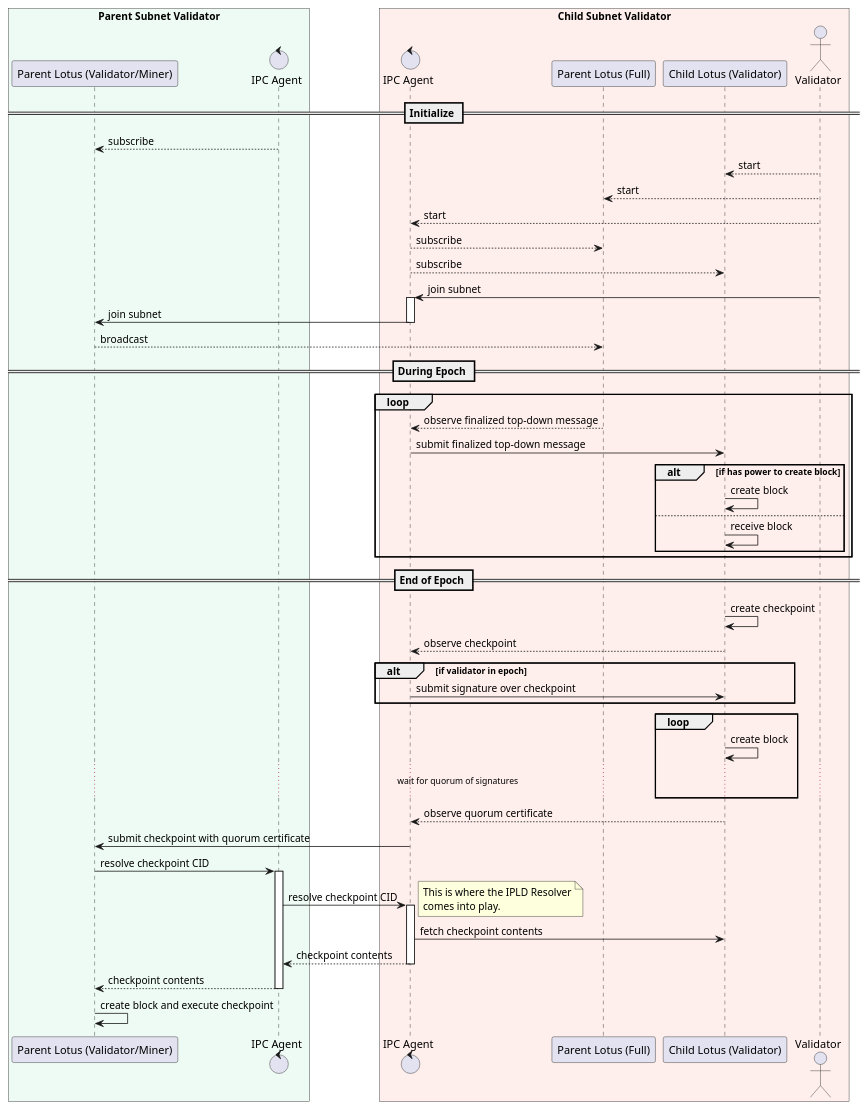
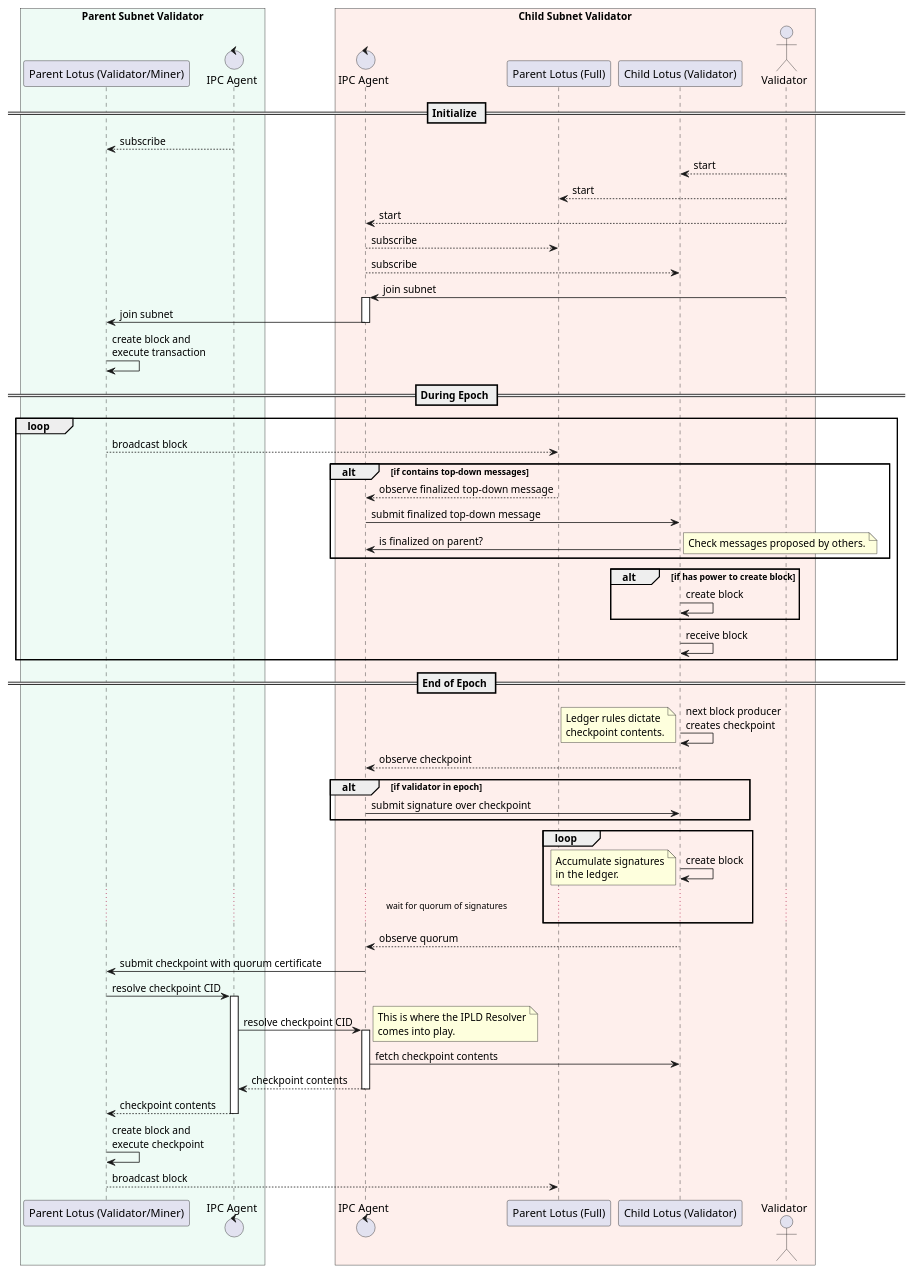
Before and after one commit to consensus-shipyard/ipc-libs: the diagram in docs/diagrams/checkpoint_submission.puml, drawn with PlantUML. The commit also changed 3 other files, not shown here.

```diff
--- a/docs/diagrams/checkpoint_submission.puml
+++ b/docs/diagrams/checkpoint_submission.puml
@@ -1,71 +1,87 @@
 @startuml Submit Checkpoint
 box "Parent Subnet Validator" #EEFBF5
 participant "Parent Lotus (Validator/Miner)" as parent_lotus
 control     "IPC Agent" as parent_agent
 end box
 
 box "Child Subnet Validator" #FEEFEC
 control     "IPC Agent" as child_agent
 participant "Parent Lotus (Full)" as full_lotus
 participant "Child Lotus (Validator)" as child_lotus
 actor "Validator" as validator
 end box
 
 == Initialize ==
 
 parent_agent --> parent_lotus: subscribe
 
 validator --> child_lotus: start
 validator --> full_lotus: start
 validator --> child_agent: start
 
 child_agent --> full_lotus: subscribe
 child_agent --> child_lotus: subscribe
 
 validator -> child_agent ++: join subnet
 child_agent -> parent_lotus --: join subnet
-parent_lotus --> full_lotus: broadcast
+parent_lotus -> parent_lotus: create block and\nexecute transaction
 
 == During Epoch ==
 
 loop
-  full_lotus --> child_agent: observe finalized top-down message
-  child_agent -> child_lotus: submit finalized top-down message
+  parent_lotus --> full_lotus: broadcast block
+  alt if contains top-down messages
+    full_lotus --> child_agent: observe finalized top-down message
+    child_agent -> child_lotus: submit finalized top-down message
+    child_lotus -> child_agent: is finalized on parent?
+    note right
+      Check messages proposed by others.
+    end note
+  end
 
   alt if has power to create block
     child_lotus -> child_lotus: create block
-  else
-    child_lotus -> child_lotus: receive block
   end
+
+  child_lotus -> child_lotus: receive block
 end
 
 == End of Epoch ==
 
-child_lotus -> child_lotus: create checkpoint
+child_lotus -> child_lotus: next block producer\ncreates checkpoint
+note left
+  Ledger rules dictate
+  checkpoint contents.
+end note
 child_lotus --> child_agent: observe checkpoint
 
 alt if validator in epoch
   child_agent -> child_lotus: submit signature over checkpoint
 end
 
 loop
   child_lotus -> child_lotus: create block
+  note left
+    Accumulate signatures
+    in the ledger.
+  end note
   ... wait for quorum of signatures ...
 end
 
-child_lotus --> child_agent: observe quorum certificate
+child_lotus --> child_agent: observe quorum
 child_agent -> parent_lotus: submit checkpoint with quorum certificate
 
 parent_lotus -> parent_agent ++: resolve checkpoint CID
 parent_agent -> child_agent ++: resolve checkpoint CID
 note right
 This is where the IPLD Resolver
 comes into play.
 end note
 child_agent -> child_lotus: fetch checkpoint contents
 return checkpoint contents
 return checkpoint contents
 
-parent_lotus -> parent_lotus: create block and execute checkpoint
+parent_lotus -> parent_lotus: create block and\nexecute checkpoint
+parent_lotus --> full_lotus: broadcast block
 
 @enduml
```
